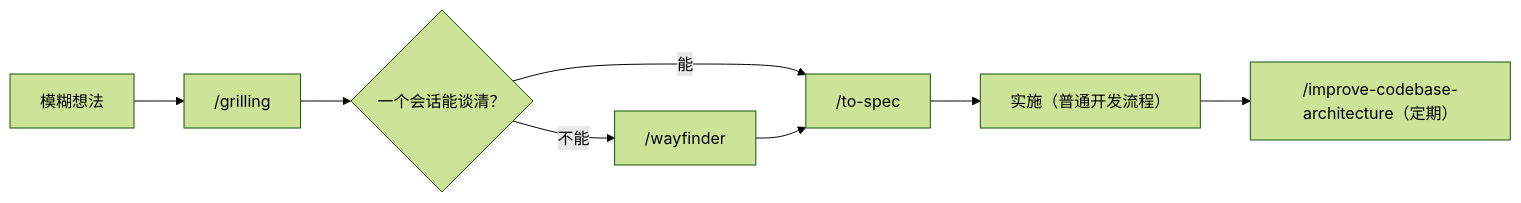
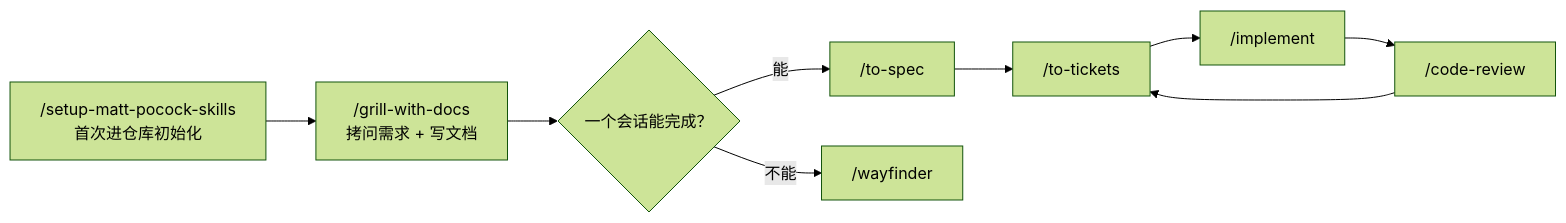
One commit to TTW-F/Obsidian changed the second of 2 diagrams in 20-主题/Agentic CLI/技能库使用手册.md. Above: the diagram before and after it, drawn with Mermaid (forest theme). The commit also changed other lines of this file, not shown here.

````diff
--- a/20-主题/Agentic CLI/技能库使用手册.md
+++ b/20-主题/Agentic CLI/技能库使用手册.md
@@ -62,10 +60,11 @@
 ```mermaid
 flowchart LR
-  A["模糊想法"] --> B["/grilling"]
-  B --> C{"一个会话能谈清？"}
+  A["/setup-matt-pocock-skills<br/>首次进仓库初始化"] --> B["/grill-with-docs<br/>拷问需求 + 写文档"]
+  B --> C{"一个会话能完成？"}
   C -->|"能"| D["/to-spec"]
   C -->|"不能"| E["/wayfinder"]
-  E --> D
-  D --> F["实施（普通开发流程）"]
-  F --> G["/improve-codebase-architecture（定期）"]
+  D --> F["/to-tickets"]
+  F --> G["/implement"]
+  G --> H["/code-review"]
+  H --> F
 ```
````
